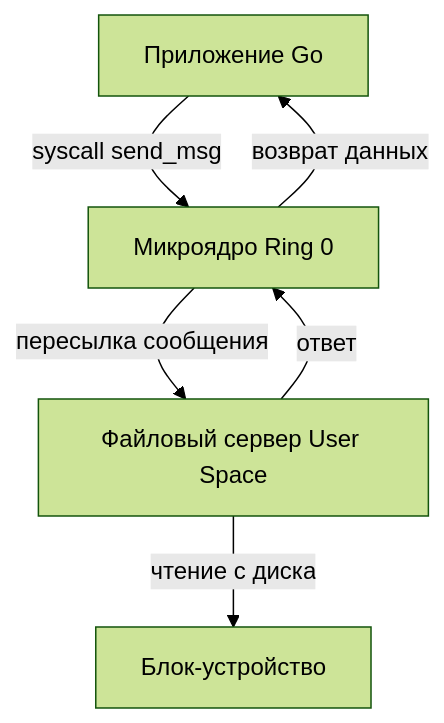
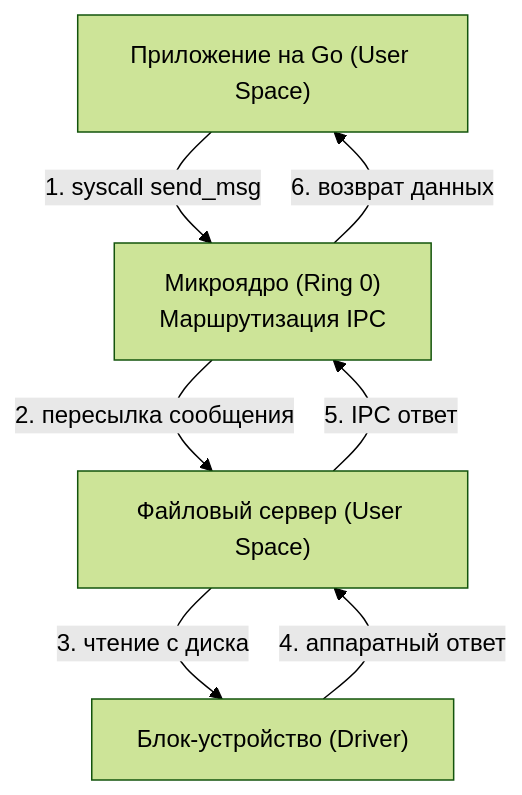
Before and after one commit to UnrealTemplier/go-textbook: the diagram in sources/2. Устройство и работа ОС/3. Архитектура ядра. Monolithic, Microkernel, Hybrid.md, drawn with Mermaid (forest theme). The commit also changed other lines of this file, not shown here.

Commit message:
feat(module-02): editorial rewrite of Lecture 3 (Kernel Architectures: Monolithic, Microkernel, Hybrid) in Kernighan style

````diff
--- a/sources/2. Устройство и работа ОС/3. Архитектура ядра. Monolithic, Microkernel, Hybrid.md
+++ b/sources/2. Устройство и работа ОС/3. Архитектура ядра. Monolithic, Microkernel, Hybrid.md
@@ -42,8 +93,9 @@
 ```mermaid
 flowchart TD
-    App["Приложение Go"] -->|syscall send_msg| Kernel["Микроядро Ring 0"]
-    Kernel -->|пересылка сообщения| FS_Server["Файловый сервер User Space"]
-    FS_Server -->|чтение с диска| Disk["Блок-устройство"]
-    FS_Server -->|ответ| Kernel
-    Kernel -->|возврат данных| App
+    App["Приложение на Go (User Space)"] -->|"1. syscall send_msg"| Kernel["Микроядро (Ring 0)<br>Маршрутизация IPC"]
+    Kernel -->|"2. пересылка сообщения"| FS_Server["Файловый сервер (User Space)"]
+    FS_Server -->|"3. чтение с диска"| Disk["Блок-устройство (Driver)"]
+    Disk -->|"4. аппаратный ответ"| FS_Server
+    FS_Server -->|"5. IPC ответ"| Kernel
+    Kernel -->|"6. возврат данных"| App
 ```
````
